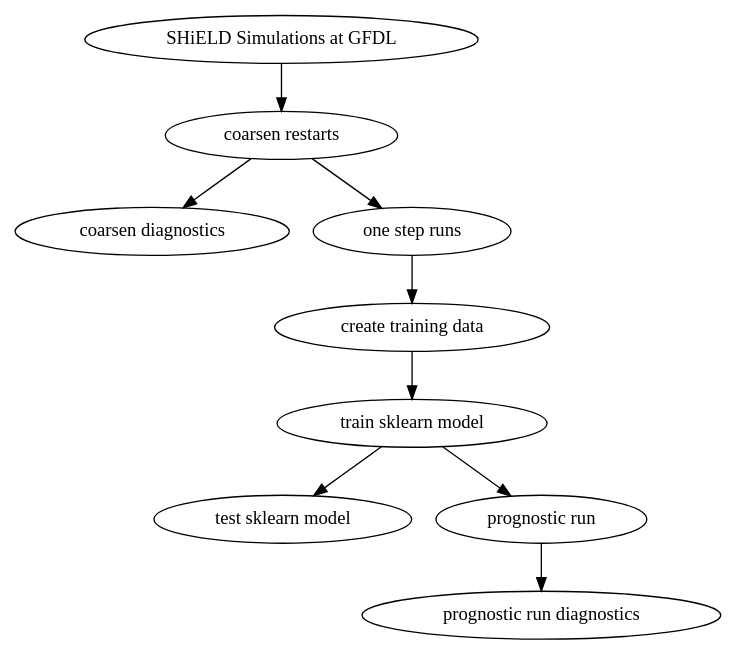
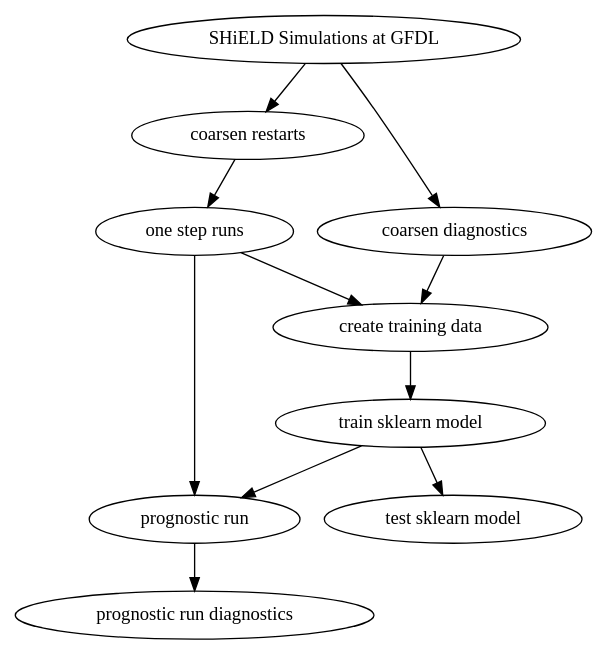
One commit to ai2cm/fv3net changed the diagram in docs/workflows.rst. Above: the diagram before and after it, drawn with Graphviz. The commit also changed 3 other files, not shown here.

```diff
--- a/docs/workflows.rst
+++ b/docs/workflows.rst
@@ -11,12 +11,14 @@
 .. graphviz::
 
    digraph foo {
       "SHiELD Simulations at GFDL" -> "coarsen restarts"
-      "coarsen restarts" -> "coarsen diagnostics";
+      "SHiELD Simulations at GFDL" -> "coarsen diagnostics";
       "coarsen restarts" -> "one step runs";
       "one step runs" -> "create training data";
+      "coarsen diagnostics" -> "create training data";
       "create training data" -> "train sklearn model";
       "train sklearn model" -> "test sklearn model";
       "train sklearn model" -> "prognostic run";
+      "one step runs" -> "prognostic run";
       "prognostic run" -> "prognostic run diagnostics";
    }
```
